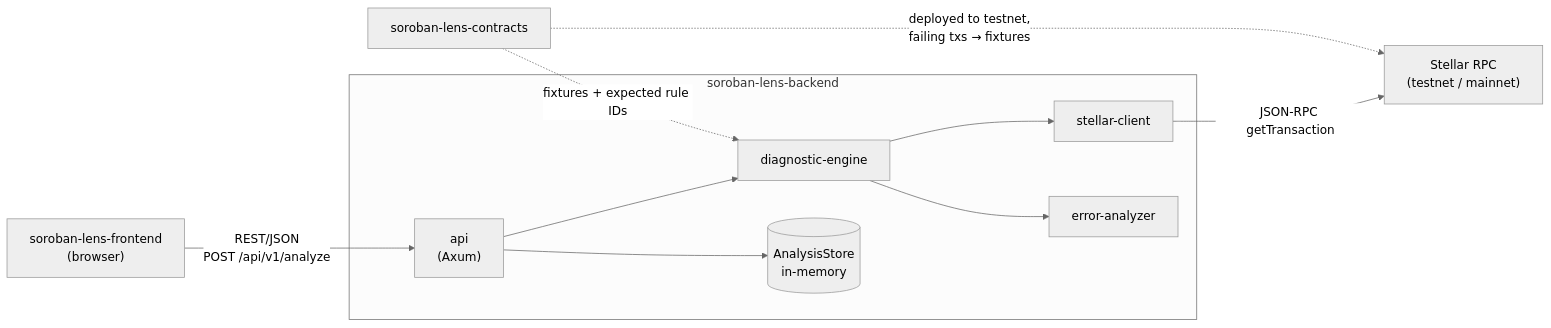
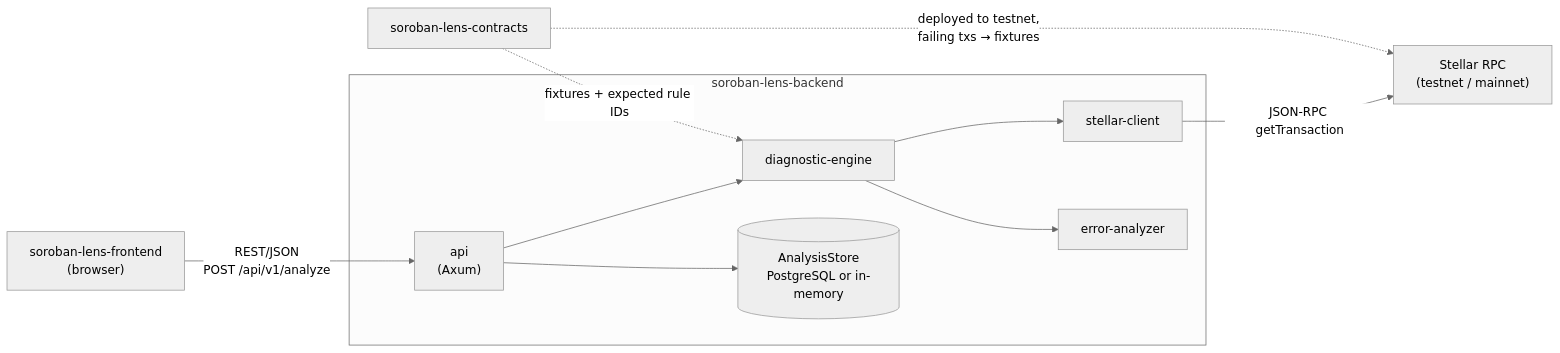
One commit to SOROBAN-LENS/-soroban-lens-backend changed the diagram in docs/ARCHITECTURE.md. Above: the diagram before and after it, drawn with Mermaid (neutral theme). The commit also changed other lines of this file and 16 other files, not shown here.

First line of the commit message:
Add PostgreSQL analysis store

````diff
--- a/docs/ARCHITECTURE.md
+++ b/docs/ARCHITECTURE.md
@@ -12,13 +12,13 @@
 ```mermaid
 flowchart LR
     FE["soroban-lens-frontend<br/>(browser)"] -- "REST/JSON<br/>POST /api/v1/analyze" --> API
     subgraph BE["soroban-lens-backend"]
         API["api<br/>(Axum)"] --> ENG["diagnostic-engine"]
         ENG --> CLI["stellar-client"]
         ENG --> AN["error-analyzer"]
-        API --> STORE[("AnalysisStore<br/>in-memory")]
+        API --> STORE[("AnalysisStore<br/>PostgreSQL or in-memory")]
     end
     CLI -- "JSON-RPC getTransaction" --> RPC["Stellar RPC<br/>(testnet / mainnet)"]
     CT["soroban-lens-contracts"] -. "deployed to testnet,<br/>failing txs → fixtures" .-> RPC
     CT -. "fixtures + expected rule IDs" .-> ENG
 ```
````
